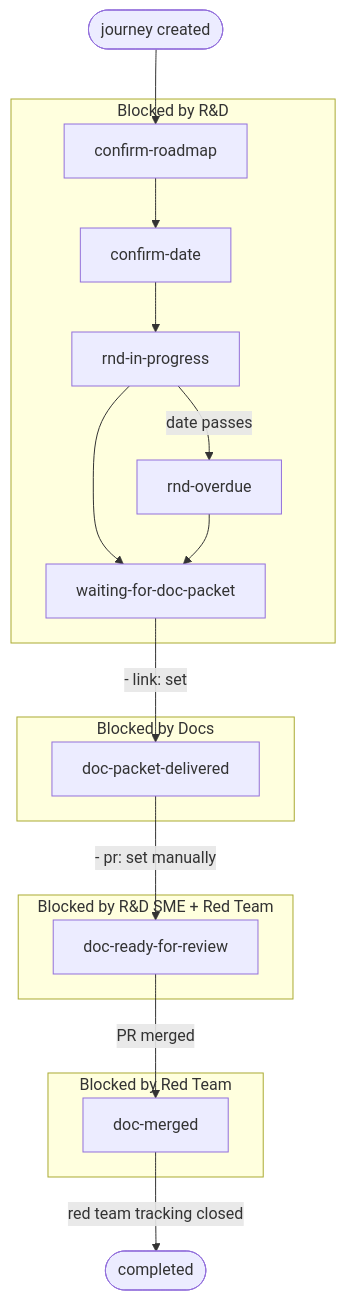
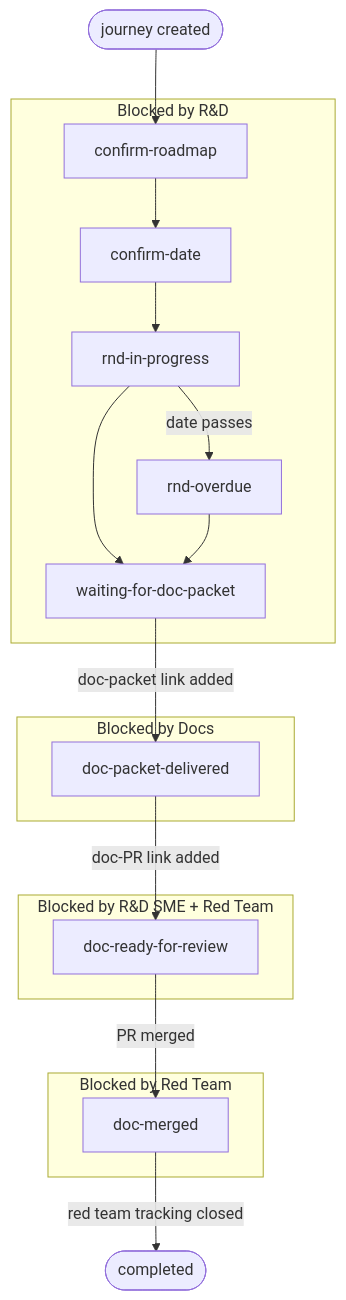
One commit to logos-co/journeys.logos.co changed the diagram in README.md. Above: the diagram before and after it, drawn with Mermaid.

Commit message:
Clarify diagram edge labels
"- link: set" / "- pr: set manually" were opaque to readers who
don't know the body schema. Replace with "doc-packet link added"
and "doc-PR link added".

````diff
--- a/README.md
+++ b/README.md
@@ -37,31 +37,31 @@
 ```mermaid
 flowchart TD
     start([journey created]) --> s1
 
     subgraph RND[Blocked by R&D]
         s1[confirm-roadmap] --> s2[confirm-date] --> s3[rnd-in-progress]
         s3 -->|date passes| s3o[rnd-overdue]
         s3  --> s4[waiting-for-doc-packet]
         s3o --> s4
     end
 
-    s4 -->|- link: set| s5
+    s4 -->|doc-packet link added| s5
 
     subgraph DOCS[Blocked by Docs]
         s5[doc-packet-delivered]
     end
 
-    s5 -->|- pr: set manually| s6
+    s5 -->|doc-PR link added| s6
 
     subgraph REVIEW[Blocked by R&D SME + Red Team]
         s6[doc-ready-for-review]
     end
 
     s6 -->|PR merged| s7
 
     subgraph RT[Blocked by Red Team]
         s7[doc-merged]
     end
 
     s7 -->|red team tracking closed| fin([completed])
 ```
````
